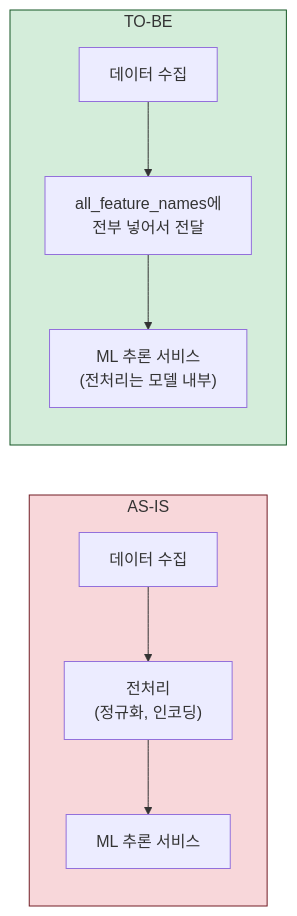
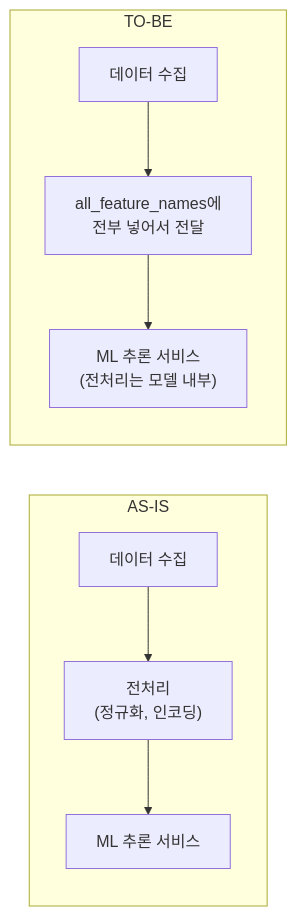
The fourth of 5 diagrams in _posts/2025-04-04-신용평가-서비스-아키텍처-template-method-패턴으로-ml-모델-통합하기.md (Gyubster/til), drawn with Mermaid before and after one commit. The commit also changed other lines of this file and 13 other files, not shown here.

Commit message:
Mermaid 렌더링 수정: subgraph style 명령 제거

````diff
--- a/_posts/2025-04-04-신용평가-서비스-아키텍처-template-method-패턴으로-ml-모델-통합하기.md
+++ b/_posts/2025-04-04-신용평가-서비스-아키텍처-template-method-패턴으로-ml-모델-통합하기.md
@@ -116,11 +115,9 @@
 ```mermaid
 flowchart LR
     subgraph before["AS-IS"]
         A["데이터 수집"] --> B["전처리<br>(정규화, 인코딩)"] --> C["ML 추론 서비스"]
     end
     subgraph after["TO-BE"]
         D["데이터 수집"] --> E["all_feature_names에<br>전부 넣어서 전달"] --> F["ML 추론 서비스<br>(전처리는 모델 내부)"]
     end
-    style before fill:#f8d7da,stroke:#721c24
-    style after fill:#d4edda,stroke:#155724
 ```
````
